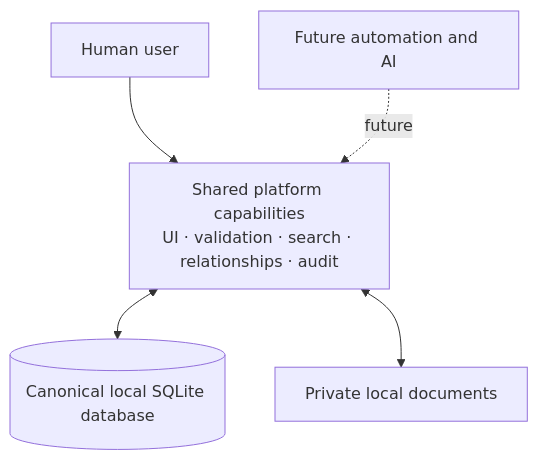
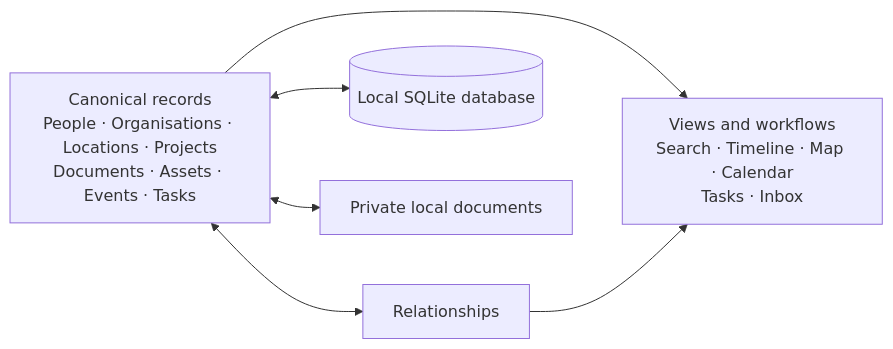
Before and after one commit to yogurtreceptor/project-e: the diagram in README.md, drawn with Mermaid. The commit also changed other lines of this file, not shown here.

````diff
--- a/README.md
+++ b/README.md
@@ -17,13 +21,14 @@
 ```mermaid
-flowchart TB
-    H["Human user"]
-    F["Future automation and AI"]
-    P["Shared platform capabilities<br/>UI · validation · search · relationships · audit"]
-    D[("Canonical local SQLite database")]
-    X["Private local documents"]
+flowchart LR
+    R["Canonical records<br/>People · Organisations · Locations · Projects<br/>Documents · Assets · Events · Tasks"]
+    G["Relationships"]
+    V["Views and workflows<br/>Search · Timeline · Map · Calendar<br/>Tasks · Inbox"]
+    D[("Local SQLite database")]
+    F["Private local documents"]
 
-    H --> P
-    F -. future .-> P
-    P <--> D
-    P <--> X
+    R <--> G
+    R --> V
+    G --> V
+    R <--> D
+    R <--> F
 ```
````
